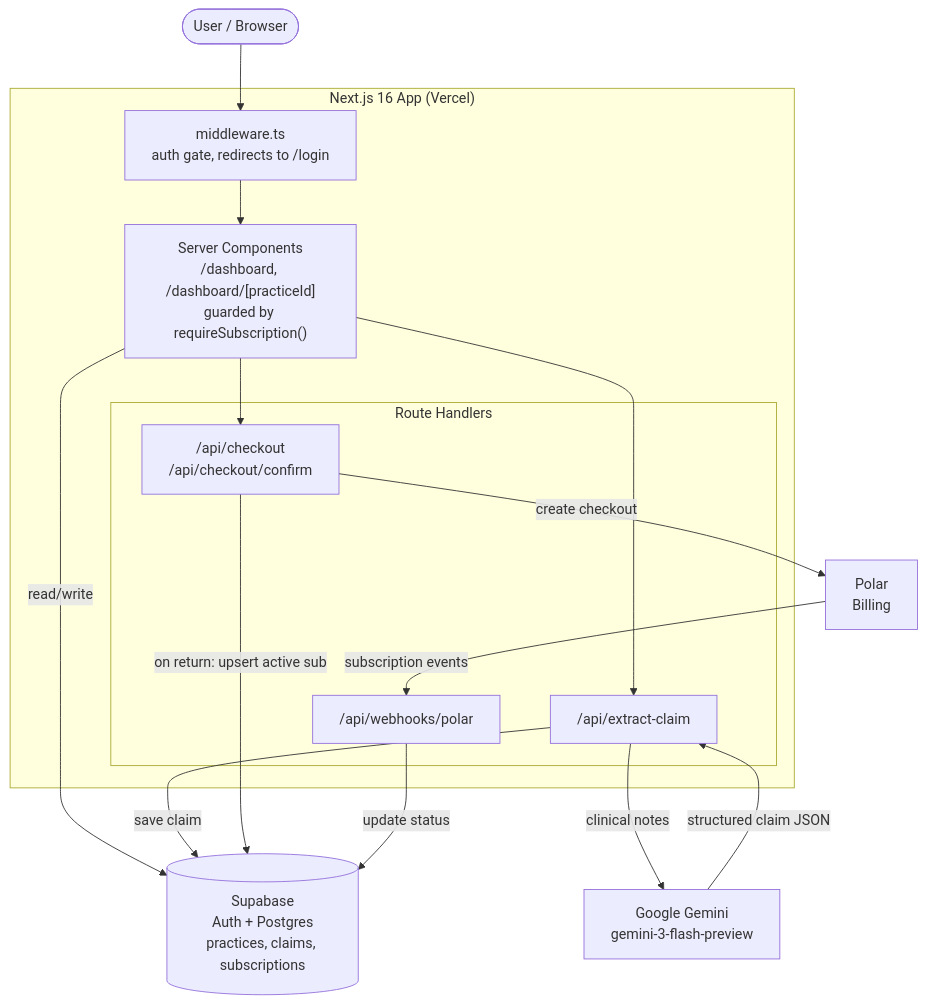
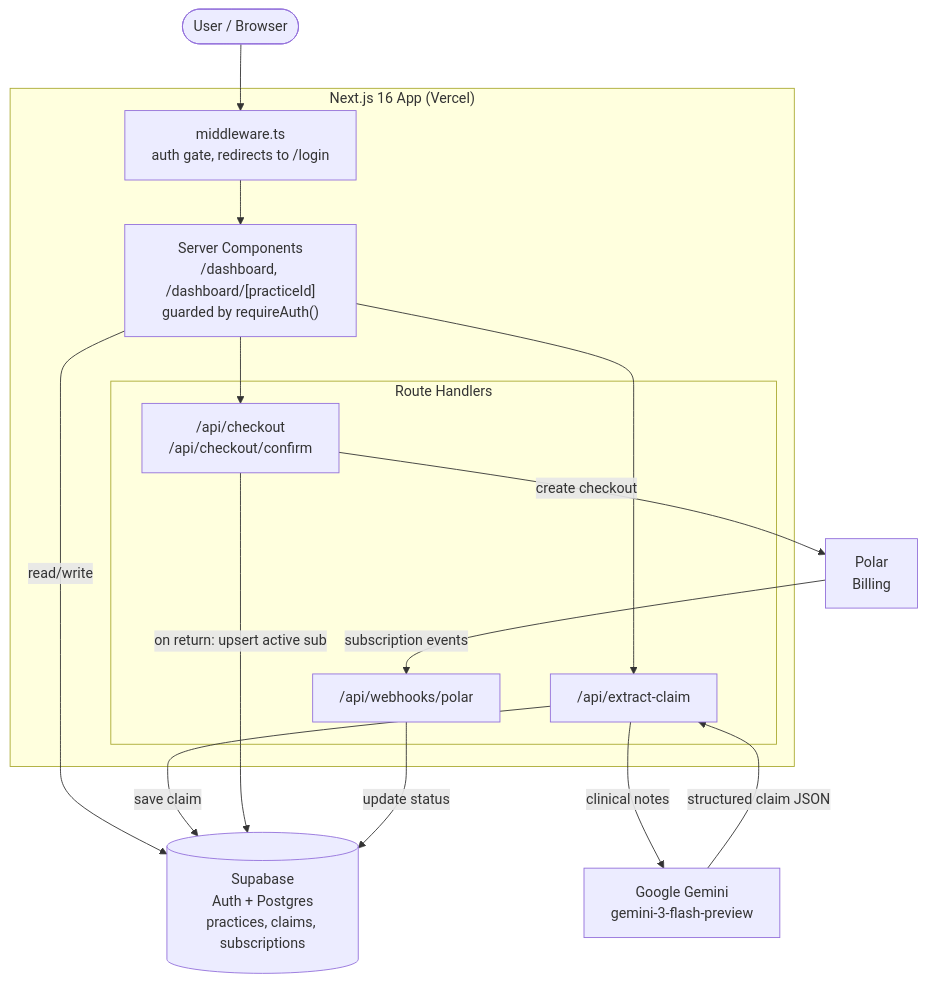
Before and after one commit to major101x/dentalflow: the diagram in README.md, drawn with Mermaid. The commit also changed other lines of this file and 7 other files, not shown here.

````diff
--- a/README.md
+++ b/README.md
@@ -47,31 +47,31 @@
 ```mermaid
 flowchart TD
     User([User / Browser])
 
     subgraph Next["Next.js 16 App (Vercel)"]
         MW["middleware.ts<br/>auth gate, redirects to /login"]
-        Pages["Server Components<br/>/dashboard, /dashboard/[practiceId]<br/>guarded by requireSubscription()"]
+        Pages["Server Components<br/>/dashboard, /dashboard/[practiceId]<br/>guarded by requireAuth()"]
         subgraph API["Route Handlers"]
             Extract["/api/extract-claim"]
             Checkout["/api/checkout<br/>/api/checkout/confirm"]
             Webhook["/api/webhooks/polar"]
         end
     end
 
     Supabase[("Supabase<br/>Auth + Postgres<br/>practices, claims, subscriptions")]
     Gemini["Google Gemini<br/>gemini-3-flash-preview"]
     Polar["Polar<br/>Billing"]
 
     User --> MW --> Pages
     Pages -->|read/write| Supabase
     Pages --> Extract
     Extract -->|clinical notes| Gemini
     Gemini -->|structured claim JSON| Extract
     Extract -->|save claim| Supabase
 
     Pages --> Checkout
     Checkout -->|create checkout| Polar
     Checkout -->|on return: upsert active sub| Supabase
     Polar -->|subscription events| Webhook
     Webhook -->|update status| Supabase
 ```
````
